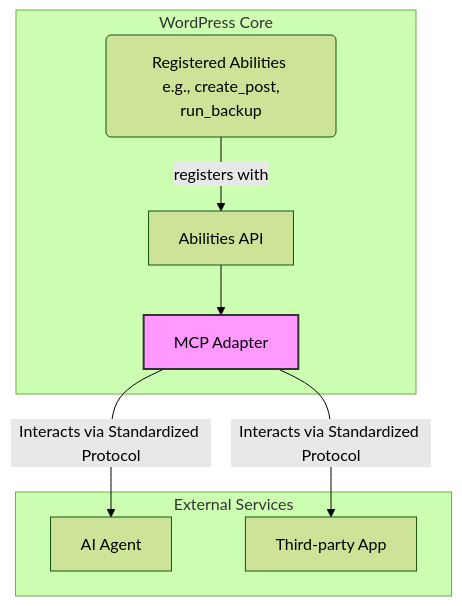
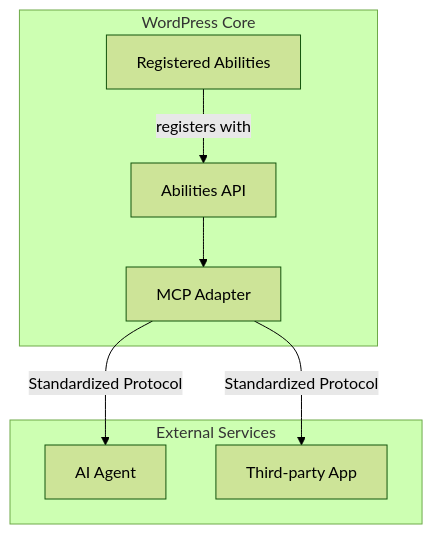
One commit to victorstack-ai/agent-blog changed the diagram in blog/2026-02-21-wordpress-7-0-beta-1-review.mdx. Above: the diagram before and after it, drawn with Mermaid (forest theme). The commit also changed other lines of this file and 117 other files, not shown here.

````diff
--- a/blog/2026-02-21-wordpress-7-0-beta-1-review.mdx
+++ b/blog/2026-02-21-wordpress-7-0-beta-1-review.mdx
@@ -34,20 +43,16 @@
 ```mermaid
-graph TD
+flowchart TD
     subgraph WordPress Core
         A[Abilities API]
         M[MCP Adapter]
-        B(Registered Abilities <br/> e.g., create_post, run_backup)
+        B[Registered Abilities]
+        B -->|registers with| A
         A --> M
-        B -- registers with --> A
     end
-
     subgraph External Services
         C[AI Agent]
         D[Third-party App]
     end
-
-    M -- Interacts via Standardized Protocol --> C
-    M -- Interacts via Standardized Protocol --> D
-
-    style M fill:#f9f,stroke:#333,stroke-width:2px
+    M -->|Standardized Protocol| C
+    M -->|Standardized Protocol| D
 ```
````
